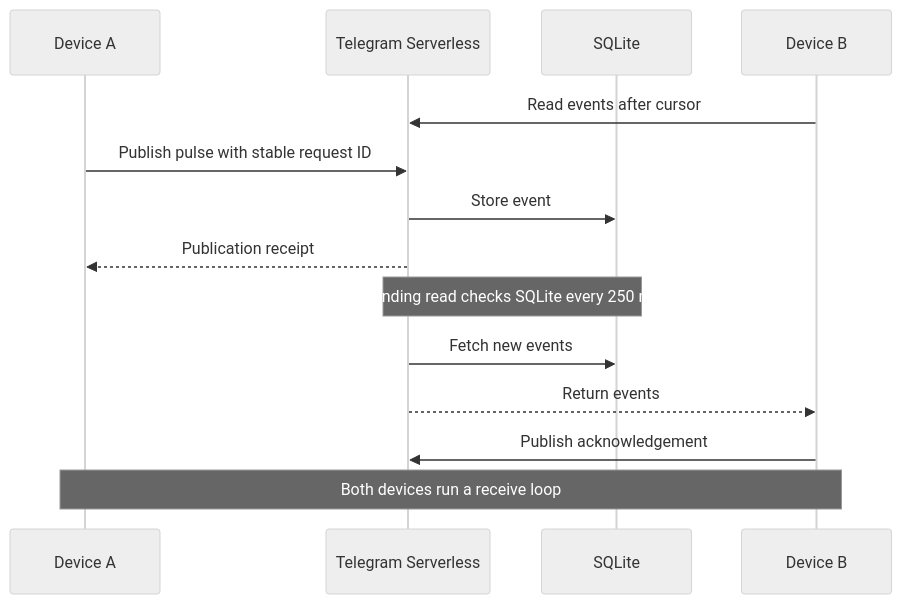
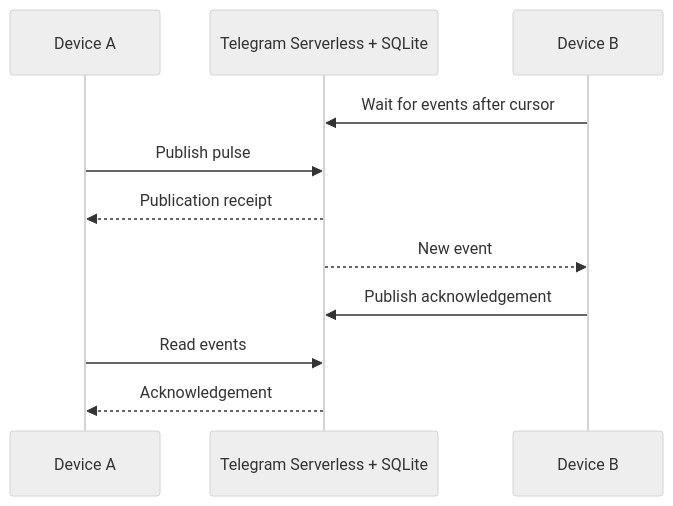
One commit to inlanger/telegram-serverless-realtime changed the diagram in README.md. Above: the diagram before and after it, drawn with Mermaid (neutral theme). The commit also changed other lines of this file, not shown here.

````diff
--- a/README.md
+++ b/README.md
@@ -84,16 +59,13 @@
 ```mermaid
 sequenceDiagram
     participant A as Device A
-    participant S as Telegram Serverless
-    participant D as SQLite
+    participant S as Telegram Serverless + SQLite
     participant B as Device B
-    B->>S: Read events after cursor
-    A->>S: Publish pulse with stable request ID
-    S->>D: Store event
+    B->>S: Wait for events after cursor
+    A->>S: Publish pulse
     S-->>A: Publication receipt
-    Note over S,D: Pending read checks SQLite every 250 ms
-    S->>D: Fetch new events
-    S-->>B: Return events
+    S-->>B: New event
     B->>S: Publish acknowledgement
-    Note over A,B: Both devices run a receive loop
+    A->>S: Read events
+    S-->>A: Acknowledgement
 ```
````
